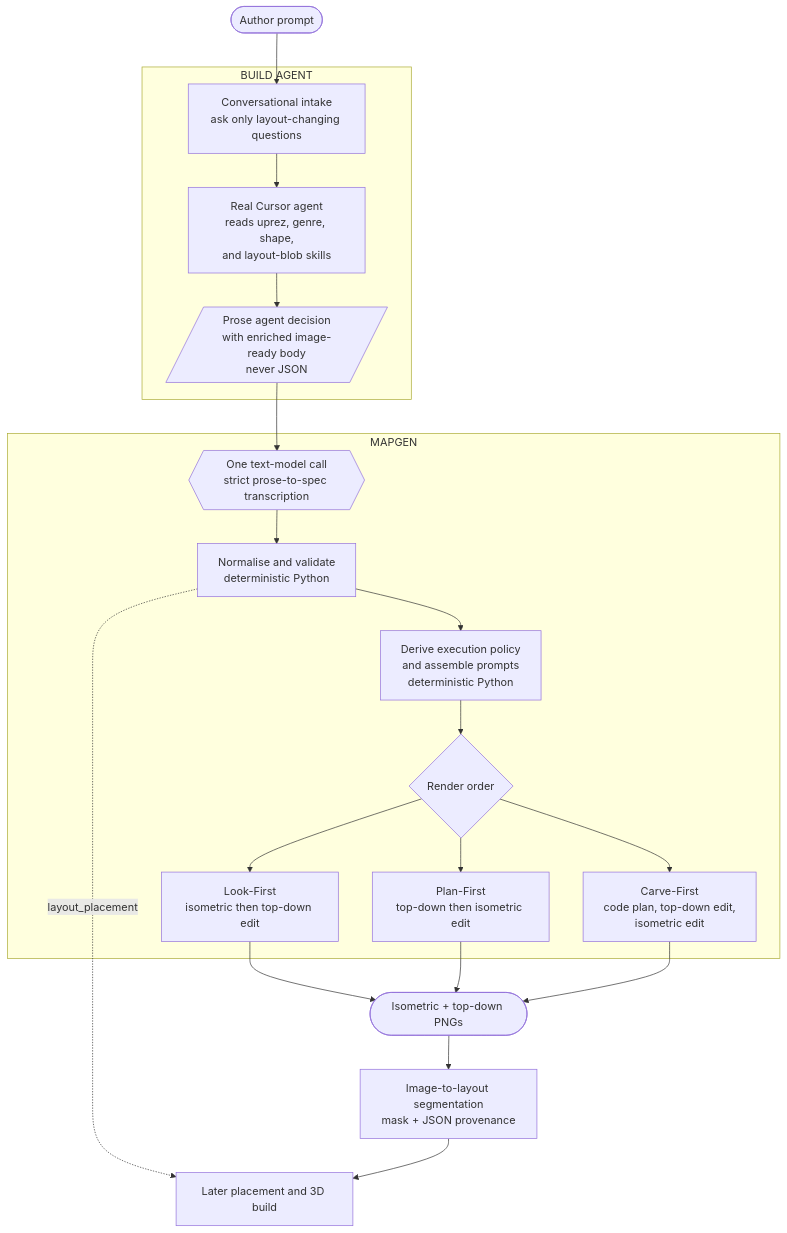
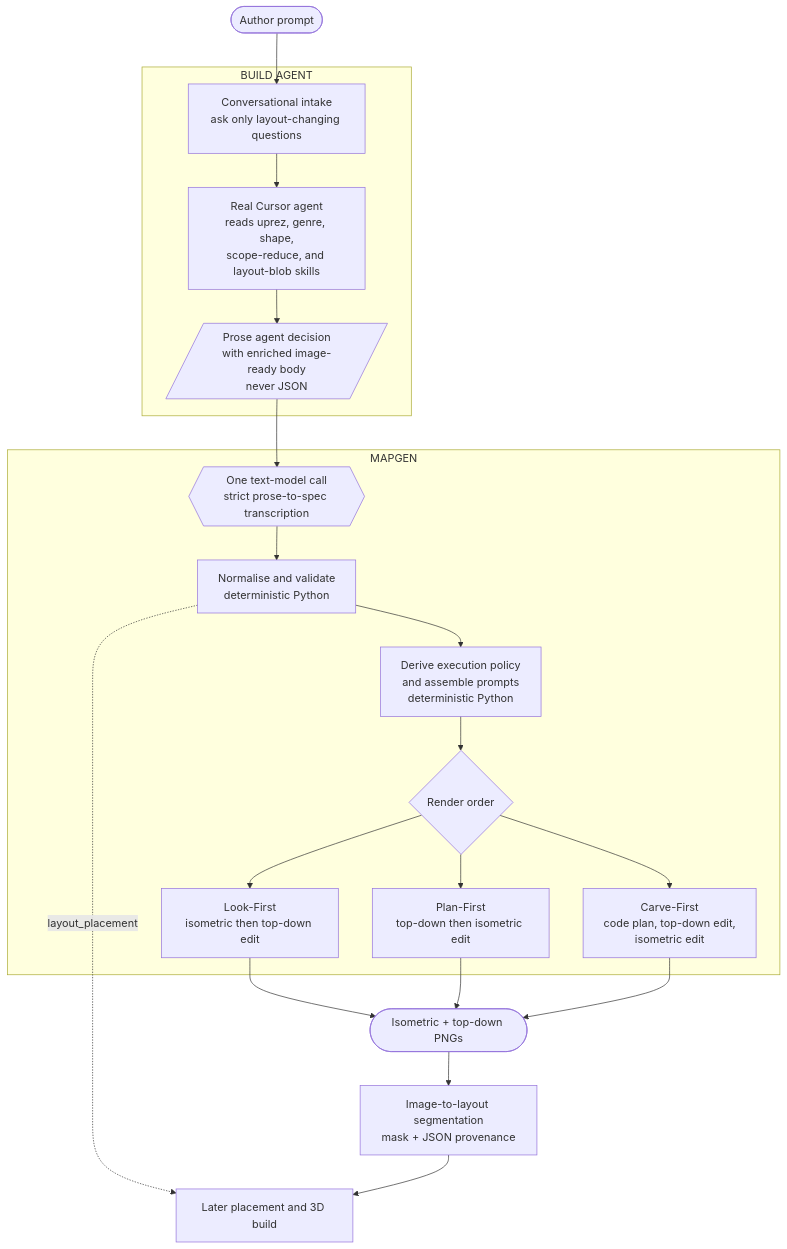
Before and after one commit to elaineh-rbx/genre_specific_layout_generator: the diagram in docs/layoutgen-pipeline-overview.md, drawn with Mermaid. The commit also changed other lines of this file and 367 other files, not shown here.

````diff
--- a/docs/layoutgen-pipeline-overview.md
+++ b/docs/layoutgen-pipeline-overview.md
@@ -77,37 +77,37 @@
 ```mermaid
 flowchart TD
     U([Author prompt])
 
     subgraph BA["BUILD AGENT"]
         I["Conversational intake<br/>ask only layout-changing questions"]
-        A["Real Cursor agent<br/>reads uprez, genre, shape,<br/>and layout-blob skills"]
+        A["Real Cursor agent<br/>reads uprez, genre, shape,<br/>scope-reduce, and layout-blob skills"]
         P[/"Prose agent decision<br/>with enriched image-ready body<br/>never JSON"/]
         I --> A --> P
     end
 
     U --> I
 
     subgraph MG["MAPGEN"]
         T{{"One text-model call<br/>strict prose-to-spec transcription"}}
         N["Normalise and validate<br/>deterministic Python"]
         M["Derive execution policy<br/>and assemble prompts<br/>deterministic Python"]
         O{"Render order"}
         STD["Look-First<br/>isometric then top-down edit"]
         P6["Plan-First<br/>top-down then isometric edit"]
         LAY["Carve-First<br/>code plan, top-down edit,<br/>isometric edit"]
         T --> N --> M --> O
         O --> STD
         O --> P6
         O --> LAY
     end
 
     P --> T
 
     STD --> R([Isometric + top-down PNGs])
     P6 --> R
     LAY --> R
 
     R --> SEG["Image-to-layout segmentation<br/>mask + JSON provenance"]
     N -.->|"layout_placement"| BUILD["Later placement and 3D build"]
     SEG --> BUILD
 ```
````
